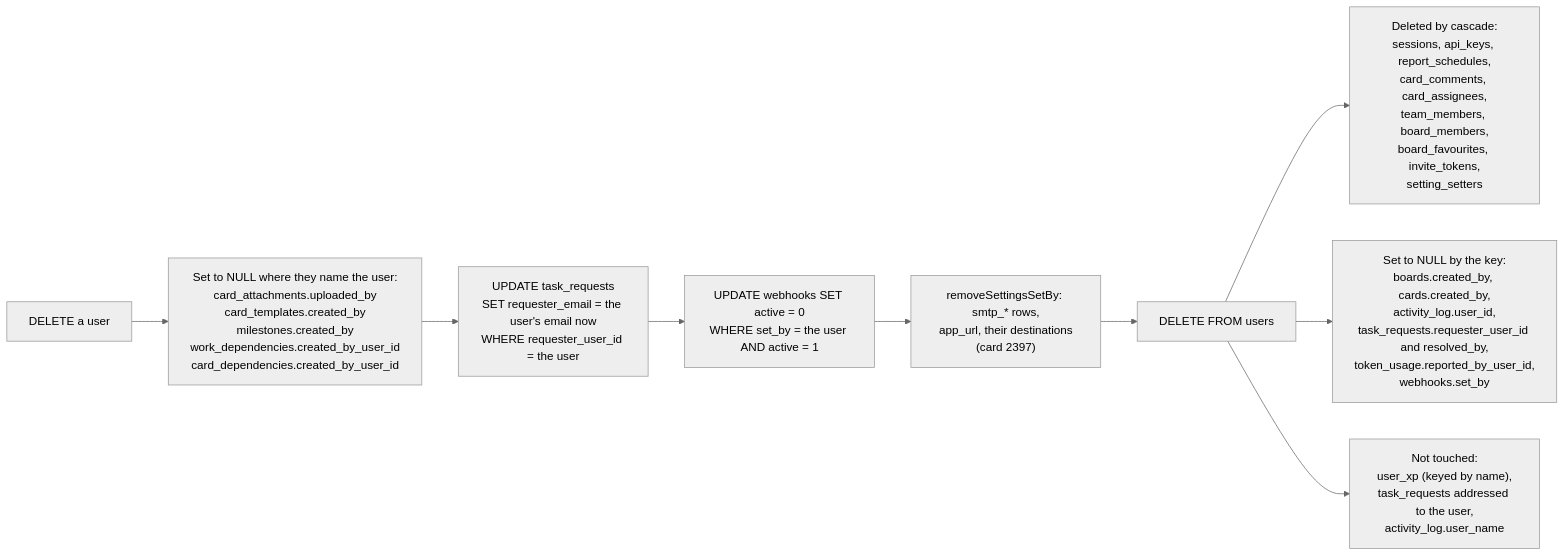
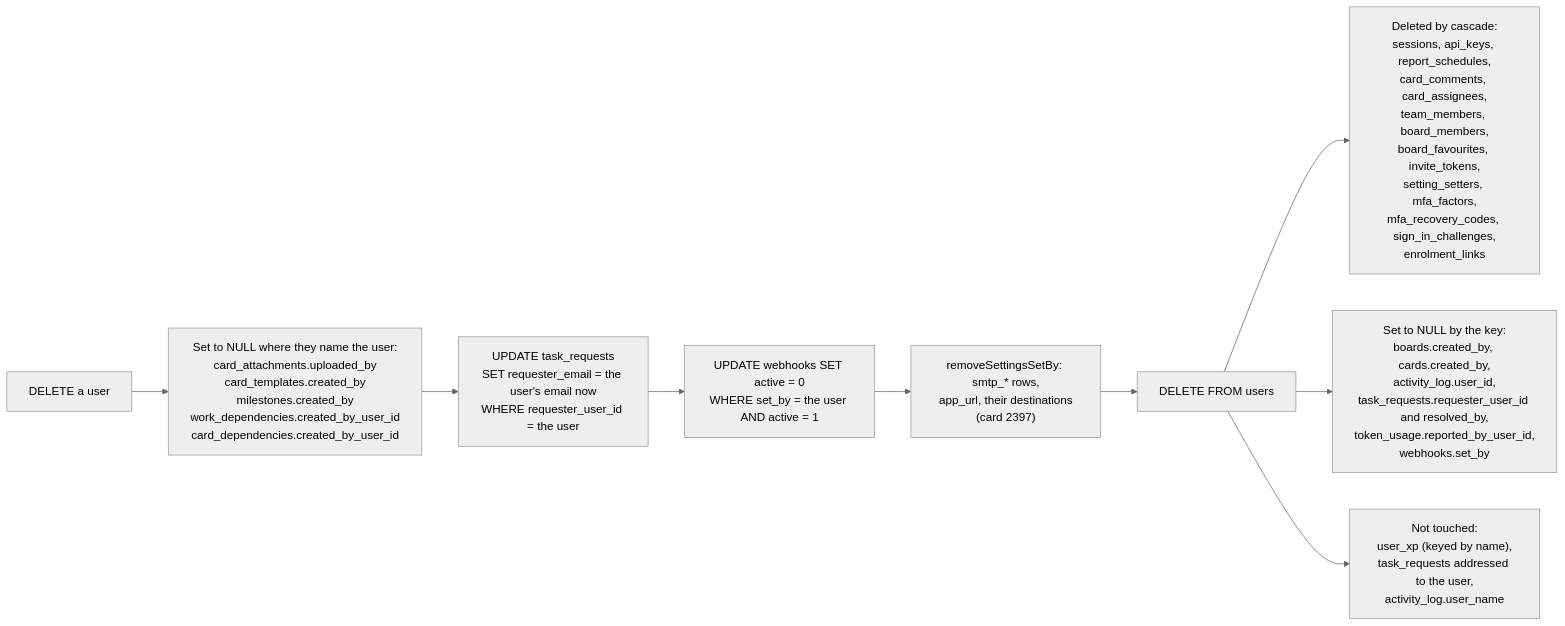
One commit to gitBoon/DumpFire changed diagram 17 of 36 in docs/data-model.md. Above: the diagram before and after it, drawn with Mermaid (neutral theme). The commit also changed other lines of this file and 37 other files, not shown here.

````diff
--- a/docs/data-model.md
+++ b/docs/data-model.md
@@ -1489,11 +1610,11 @@
 ```mermaid
 flowchart LR
     User["DELETE a user"] --> Clear["Set to NULL where they name the user:<br/>card_attachments.uploaded_by<br/>card_templates.created_by<br/>milestones.created_by<br/>work_dependencies.created_by_user_id<br/>card_dependencies.created_by_user_id"]
     Clear --> Address["UPDATE task_requests<br/>SET requester_email = the user's email now<br/>WHERE requester_user_id = the user"]
     Address --> Hooks["UPDATE webhooks SET active = 0<br/>WHERE set_by = the user AND active = 1"]
     Hooks --> Settings["removeSettingsSetBy: smtp_* rows,<br/>app_url, their destinations<br/>(card 2397)"]
     Settings --> Del["DELETE FROM users"]
-    Del --> Cascade["Deleted by cascade:<br/>sessions, api_keys, report_schedules,<br/>card_comments, card_assignees,<br/>team_members, board_members,<br/>board_favourites, invite_tokens,<br/>setting_setters"]
+    Del --> Cascade["Deleted by cascade:<br/>sessions, api_keys, report_schedules,<br/>card_comments, card_assignees,<br/>team_members, board_members,<br/>board_favourites, invite_tokens,<br/>setting_setters, mfa_factors,<br/>mfa_recovery_codes, sign_in_challenges,<br/>enrolment_links"]
     Del --> Null["Set to NULL by the key:<br/>boards.created_by, cards.created_by,<br/>activity_log.user_id,<br/>task_requests.requester_user_id and resolved_by,<br/>token_usage.reported_by_user_id,<br/>webhooks.set_by"]
     Del --> Stay["Not touched:<br/>user_xp (keyed by name),<br/>task_requests addressed to the user,<br/>activity_log.user_name"]
 ```
````
